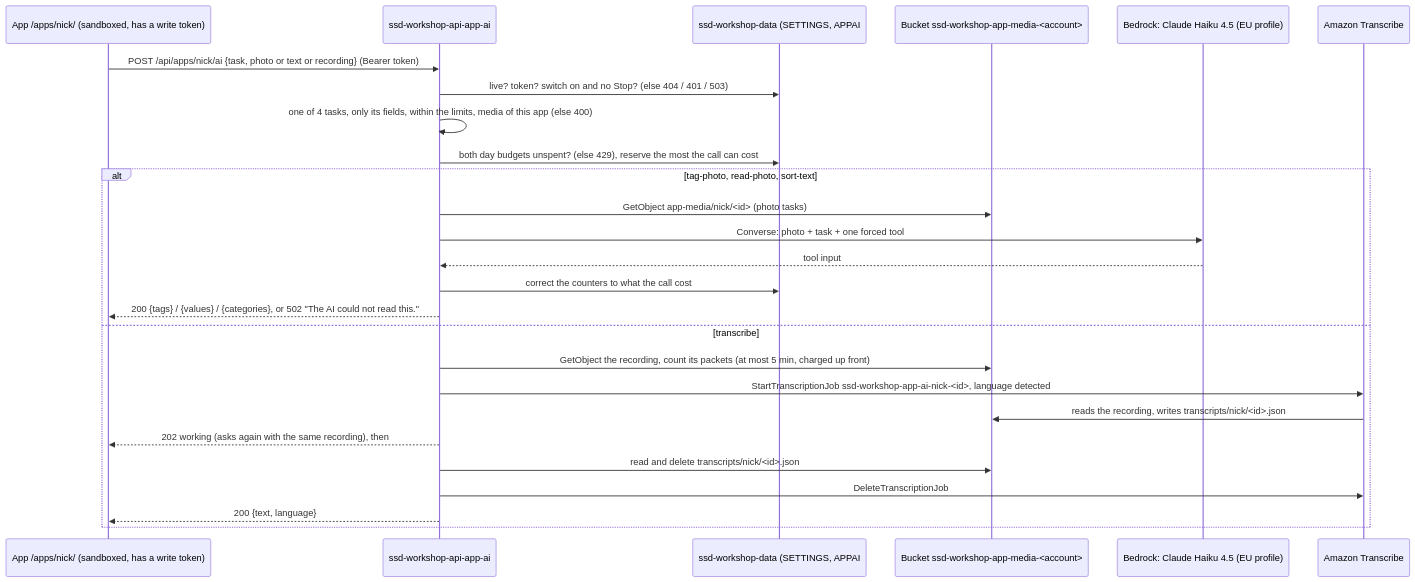
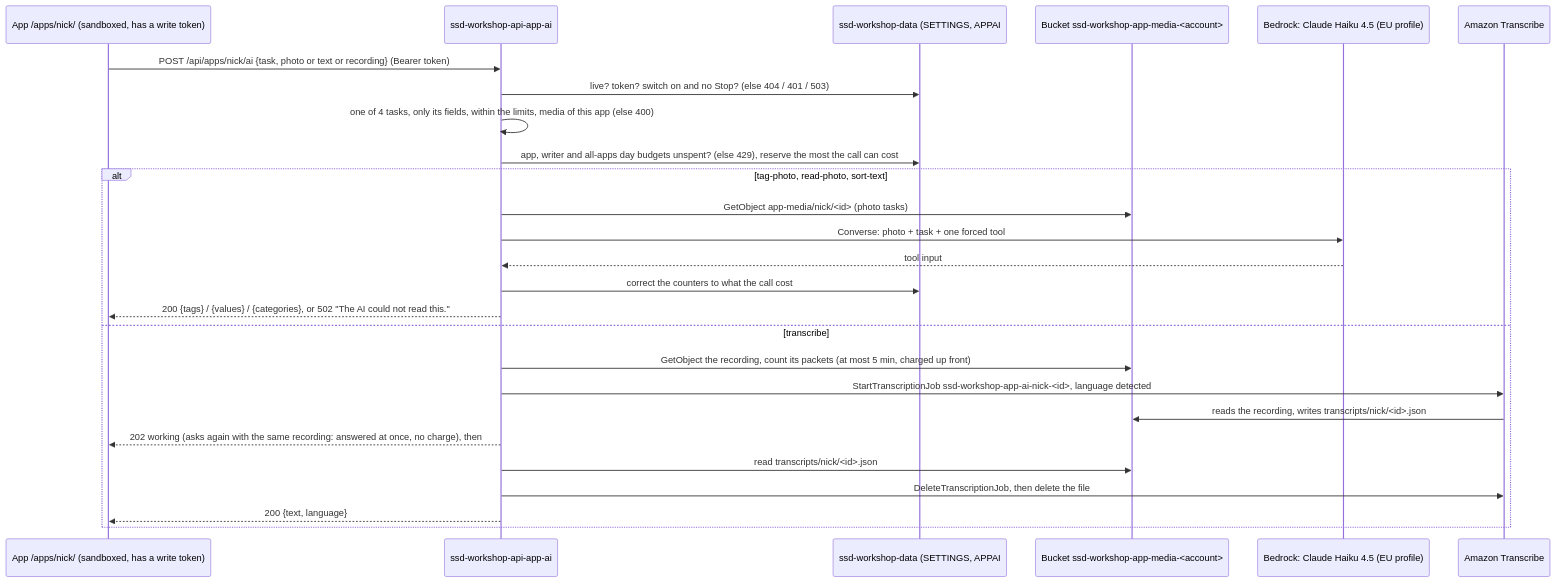
One commit to kifbv/ssd-workshop changed the sixth of 20 diagrams in infra/README.md. Above: the diagram before and after it, drawn with Mermaid. The commit also changed other lines of this file and 18 other files, not shown here.

First line of the commit message:
Ticket 3.21 try 2: per-writer cap, joins answer at once, deadline-bounded calls, MP4 edits, field names

````diff
--- a/infra/README.md
+++ b/infra/README.md
@@ -821,28 +821,28 @@
 ```mermaid
 sequenceDiagram
   participant A as App /apps/nick/ (sandboxed, has a write token)
   participant F as ssd-workshop-api-app-ai
-  participant T as ssd-workshop-data (SETTINGS, APPAI#nick, APPAI_TOTAL)
+  participant T as ssd-workshop-data (SETTINGS, APPAI#nick, APPAI_WRITER#writer, APPAI_TOTAL)
   participant B as Bucket ssd-workshop-app-media-<account>
   participant H as Bedrock: Claude Haiku 4.5 (EU profile)
   participant R as Amazon Transcribe
   A->>F: POST /api/apps/nick/ai {task, photo or text or recording} (Bearer token)
   F->>T: live? token? switch on and no Stop? (else 404 / 401 / 503)
   F->>F: one of 4 tasks, only its fields, within the limits, media of this app (else 400)
-  F->>T: both day budgets unspent? (else 429), reserve the most the call can cost
+  F->>T: app, writer and all-apps day budgets unspent? (else 429), reserve the most the call can cost
   alt tag-photo, read-photo, sort-text
     F->>B: GetObject app-media/nick/<id> (photo tasks)
     F->>H: Converse: photo + task + one forced tool
     H-->>F: tool input
     F->>T: correct the counters to what the call cost
     F-->>A: 200 {tags} / {values} / {categories}, or 502 "The AI could not read this."
   else transcribe
     F->>B: GetObject the recording, count its packets (at most 5 min, charged up front)
     F->>R: StartTranscriptionJob ssd-workshop-app-ai-nick-<id>, language detected
     R->>B: reads the recording, writes transcripts/nick/<id>.json
-    F-->>A: 202 working (asks again with the same recording), then
-    F->>B: read and delete transcripts/nick/<id>.json
-    F->>R: DeleteTranscriptionJob
+    F-->>A: 202 working (asks again with the same recording: answered at once, no charge), then
+    F->>B: read transcripts/nick/<id>.json
+    F->>R: DeleteTranscriptionJob, then delete the file
     F-->>A: 200 {text, language}
   end
 ```
````
